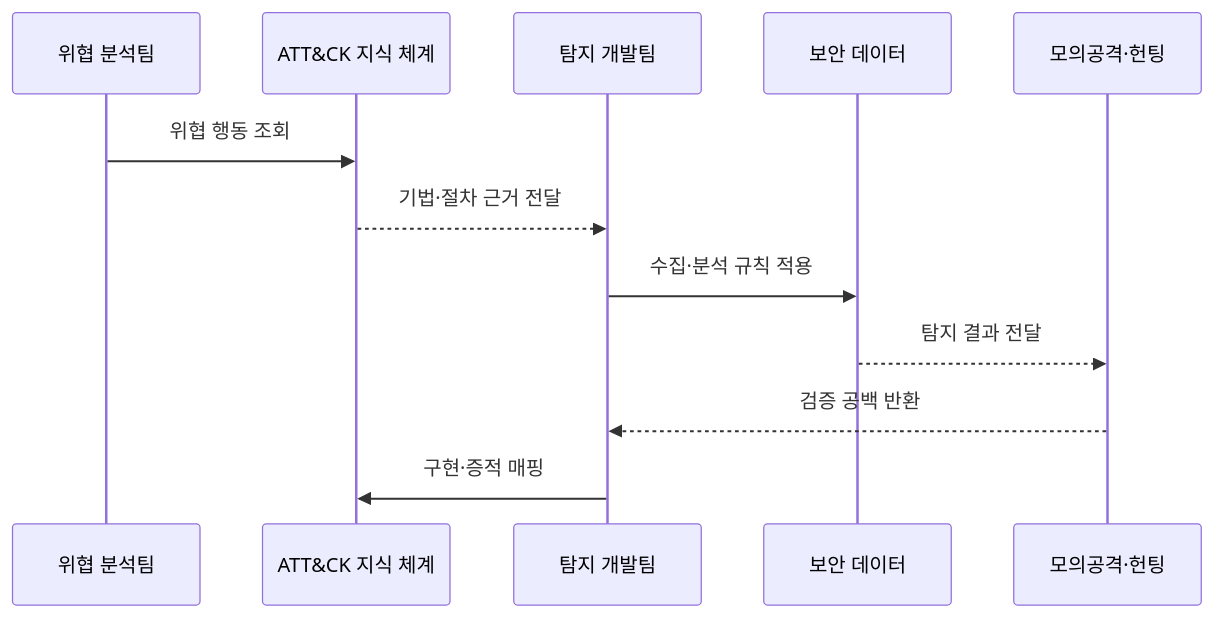
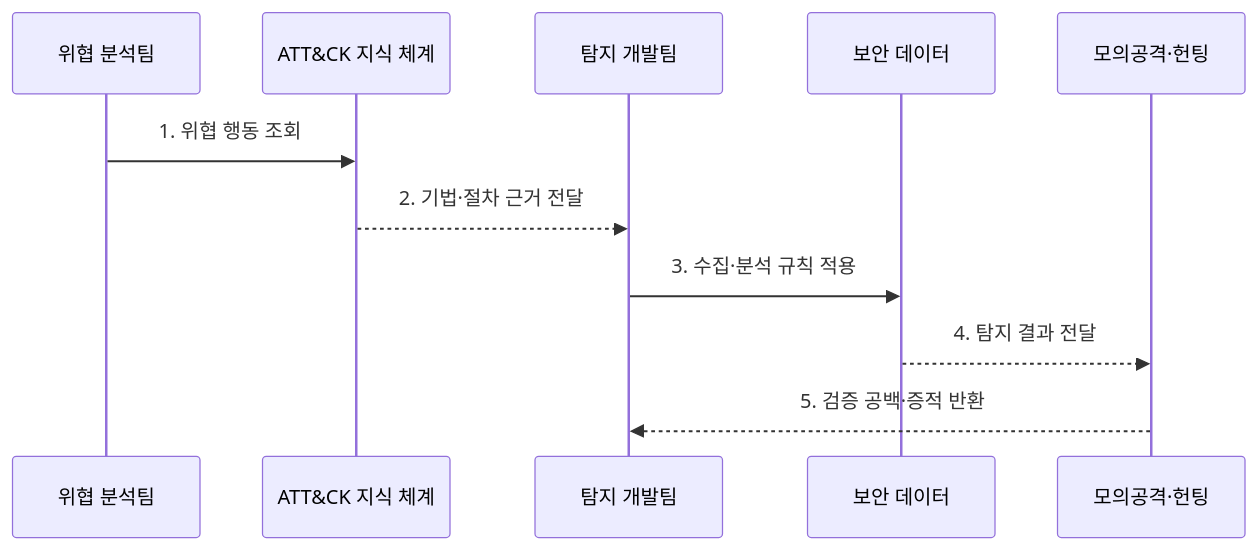
The second of 2 diagrams in src/content/docs/notes/05-security/029_mitre_attack.md (agnusdei1207/knowledge-base), drawn with Mermaid before and after one commit. The commit also changed other lines of this file and 11 other files, not shown here.

````diff
--- a/src/content/docs/notes/05-security/029_mitre_attack.md
+++ b/src/content/docs/notes/05-security/029_mitre_attack.md
@@ -87,14 +86,13 @@
 ```mermaid
 sequenceDiagram
     participant T as 위협 분석팀
     participant A as ATT&CK 지식 체계
     participant D as 탐지 개발팀
     participant S as 보안 데이터
     participant V as 모의공격·헌팅
-    T->>A: 위협 행동 조회
-    A-->>D: 기법·절차 근거 전달
-    D->>S: 수집·분석 규칙 적용
-    S-->>V: 탐지 결과 전달
-    V-->>D: 검증 공백 반환
-    D->>A: 구현·증적 매핑
+    T->>A: 1. 위협 행동 조회
+    A-->>D: 2. 기법·절차 근거 전달
+    D->>S: 3. 수집·분석 규칙 적용
+    S-->>V: 4. 탐지 결과 전달
+    V-->>D: 5. 검증 공백·증적 반환
 ```
````
